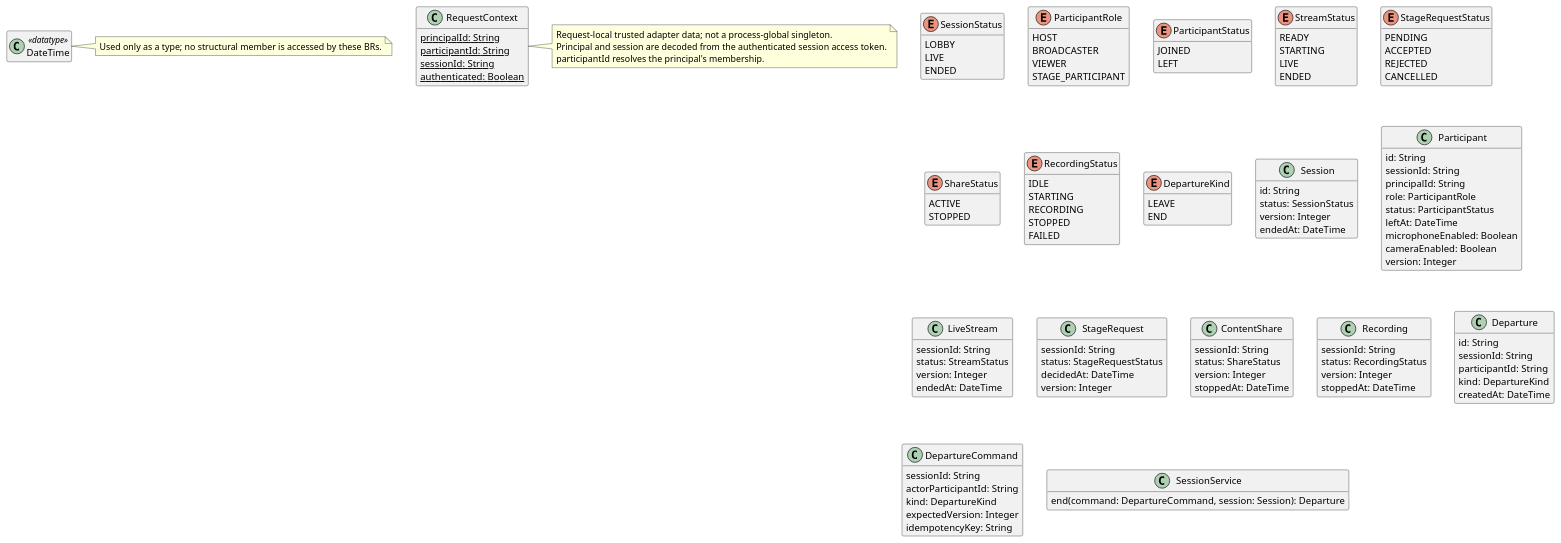
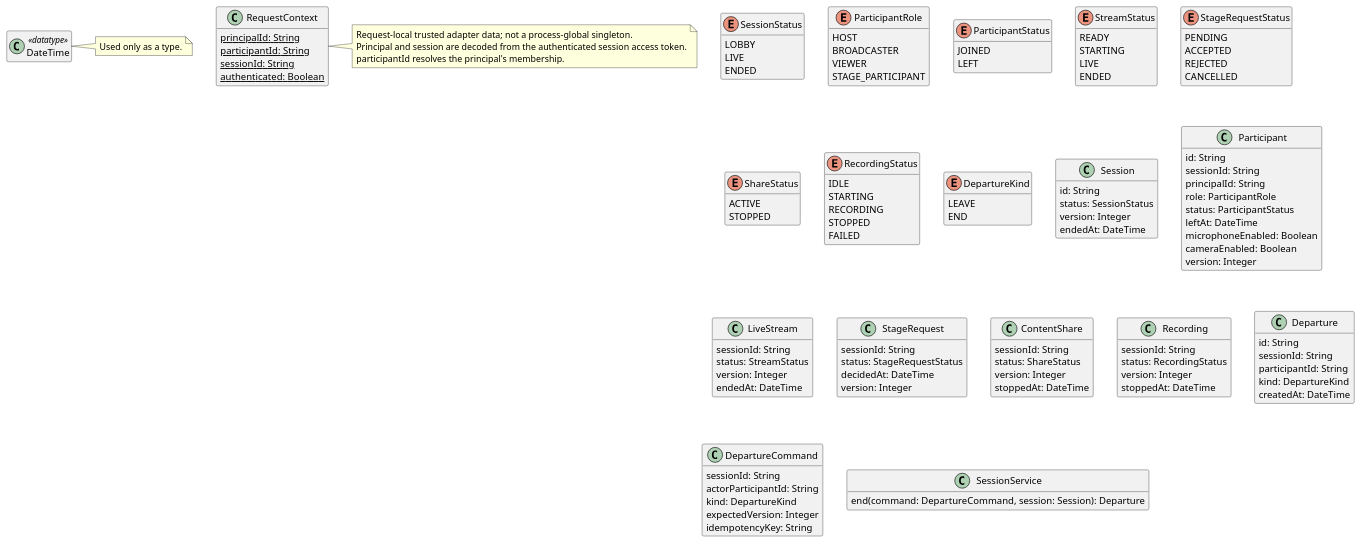
The diagram in docs/01-inception/use-cases/uc-18-end-a-session-for-everyone.md (tudzct/business-vibe-coding), drawn with PlantUML before and after one commit. The commit also changed other lines of this file and 72 other files, not shown here.

```diff
--- a/docs/01-inception/use-cases/uc-18-end-a-session-for-everyone.md
+++ b/docs/01-inception/use-cases/uc-18-end-a-session-for-everyone.md
@@ -131,7 +131,7 @@
 }
 class DateTime <<datatype>> {
 }
-note right of DateTime: Used only as a type; no structural member is accessed by these BRs.
+note right of DateTime: Used only as a type.
 class RequestContext {
   {static} principalId: String
   {static} participantId: String
```
